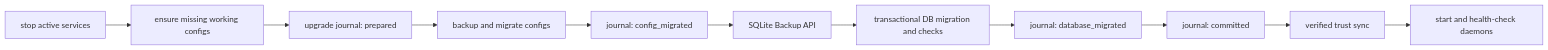
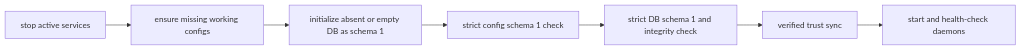
One commit to RevoltStar/FIC changed diagram 19 of 20 in docs/architecture-diagrams.md. Above: the diagram before and after it, drawn with Mermaid. The commit also changed other lines of this file and 19 other files, not shown here.

````diff
--- a/docs/architecture-diagrams.md
+++ b/docs/architecture-diagrams.md
@@ -938,13 +933,9 @@
 ```mermaid
 flowchart LR
     stop[stop active services] --> ensure[ensure missing working configs]
-    ensure --> begin[upgrade journal: prepared]
-    begin --> configBackup[backup and migrate configs]
-    configBackup --> configPhase[journal: config_migrated]
-    configPhase --> dbBackup[SQLite Backup API]
-    dbBackup --> dbMigration[transactional DB migration and checks]
-    dbMigration --> dbPhase[journal: database_migrated]
-    dbPhase --> commit[journal: committed]
-    commit --> trust[verified trust sync]
+    ensure --> initDb[initialize absent or empty DB as schema 1]
+    initDb --> verifyConfig[strict config schema 1 check]
+    verifyConfig --> verifyDb[strict DB schema 1 and integrity check]
+    verifyDb --> trust[verified trust sync]
     trust --> start[start and health-check daemons]
 ```
````
